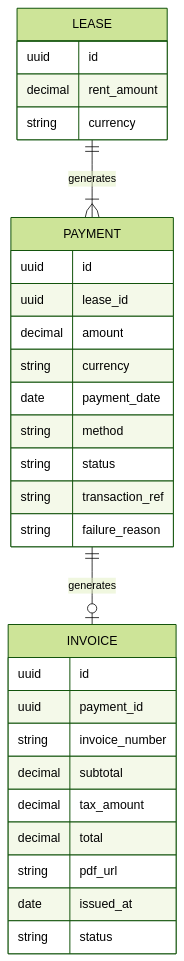
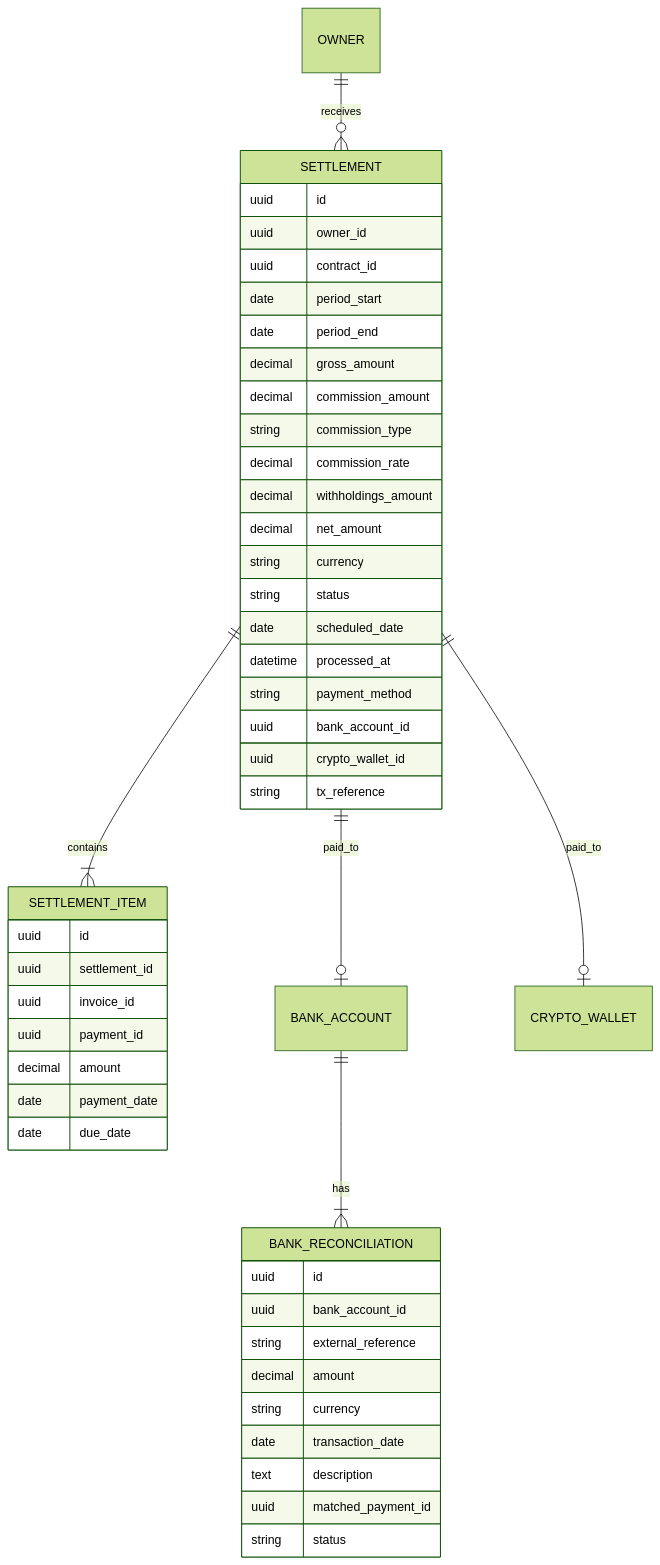
One commit to andrescastiglia/rent changed the sixth of 10 diagrams in docs/technical/der.md. Above: the diagram before and after it, drawn with Mermaid (forest theme). The commit also changed other lines of this file and 65 other files, not shown here.

````diff
--- a/docs/technical/der.md
+++ b/docs/technical/der.md
@@ -177,35 +384,52 @@
 ```mermaid
 erDiagram
-    LEASE ||--|{ PAYMENT : generates
-    PAYMENT ||--o| INVOICE : generates
+    OWNER ||--o{ SETTLEMENT : receives
+    SETTLEMENT ||--|{ SETTLEMENT_ITEM : contains
+    SETTLEMENT ||--o| BANK_ACCOUNT : paid_to
+    SETTLEMENT ||--o| CRYPTO_WALLET : paid_to
+    BANK_ACCOUNT ||--|{ BANK_RECONCILIATION : has
 
-    LEASE {
+    SETTLEMENT {
         uuid id
-        decimal rent_amount
+        uuid owner_id
+        uuid contract_id
+        date period_start
+        date period_end
+        decimal gross_amount
+        decimal commission_amount
+        string commission_type
+        decimal commission_rate
+        decimal withholdings_amount
+        decimal net_amount
         string currency
+        string status
+        date scheduled_date
+        datetime processed_at
+        string payment_method
+        uuid bank_account_id
+        uuid crypto_wallet_id
+        string tx_reference
     }
 
-    PAYMENT {
+    SETTLEMENT_ITEM {
         uuid id
-        uuid lease_id
+        uuid settlement_id
+        uuid invoice_id
+        uuid payment_id
+        decimal amount
+        date payment_date
+        date due_date
+    }
+
+    BANK_RECONCILIATION {
+        uuid id
+        uuid bank_account_id
+        string external_reference
         decimal amount
         string currency
-        date payment_date
-        string method
-        string status
-        string transaction_ref
-        string failure_reason
-    }
-
-    INVOICE {
-        uuid id
-        uuid payment_id
-        string invoice_number
-        decimal subtotal
-        decimal tax_amount
-        decimal total
-        string pdf_url
-        date issued_at
+        date transaction_date
+        text description
+        uuid matched_payment_id
         string status
     }
 ```
````
